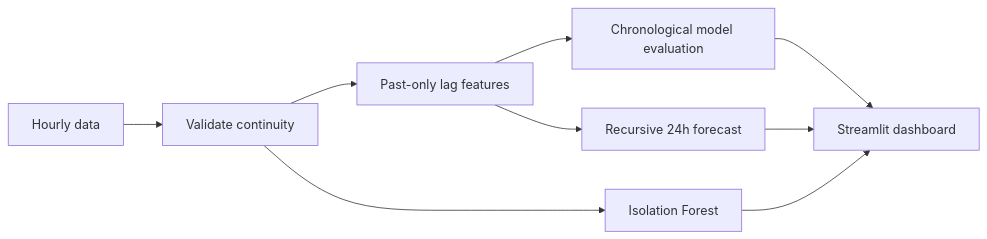
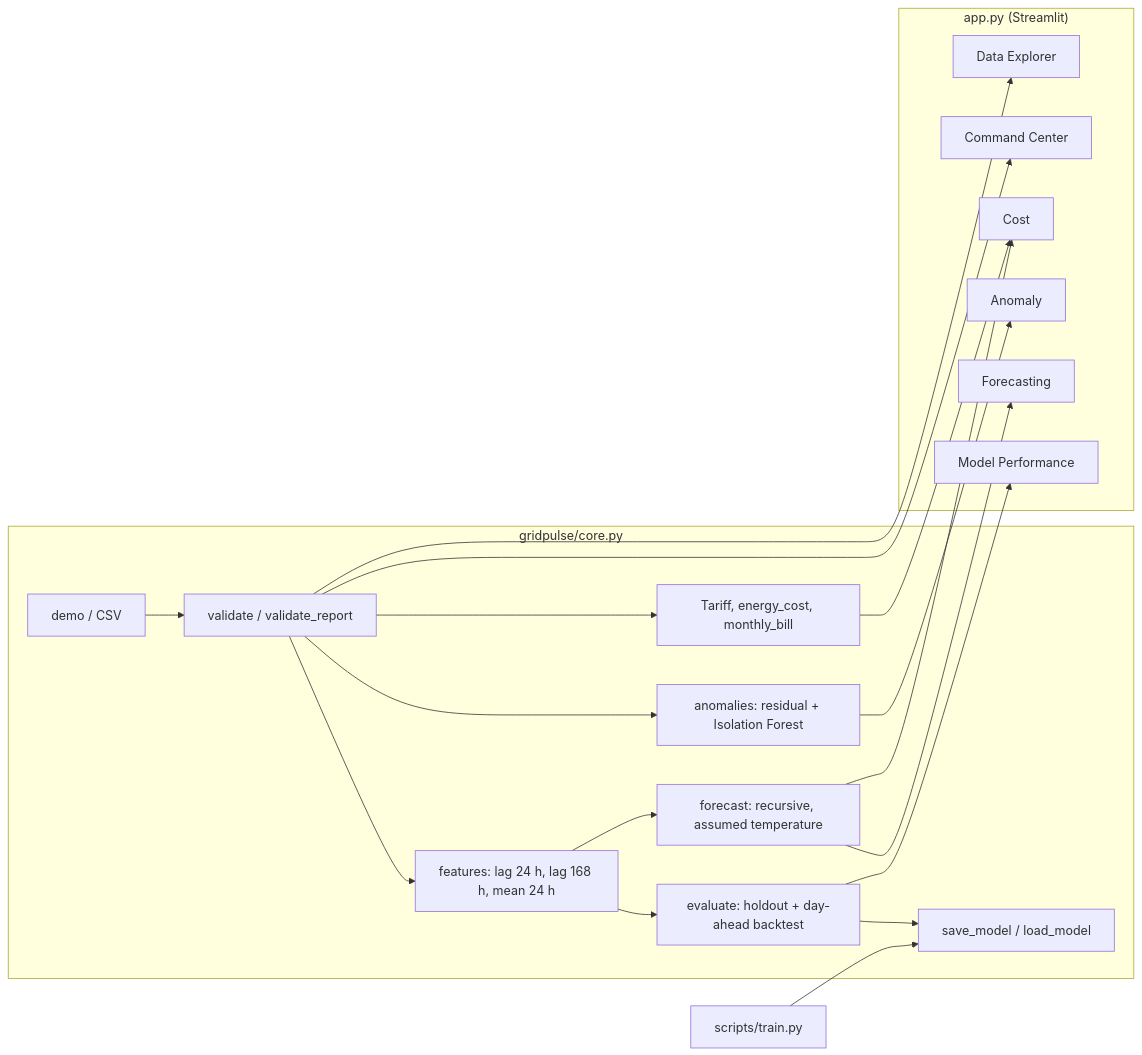
The diagram in README.md (muhammadzubair-data/gridpulse-ai-energy-demand-intelligence), drawn with Mermaid before and after one commit. The commit also changed other lines of this file and 32 other files, not shown here.

````diff
--- a/README.md
+++ b/README.md
@@ -27,11 +89,26 @@
 ```mermaid
 flowchart LR
- A[Hourly data] --> B[Validate continuity]
- B --> C[Past-only lag features]
- C --> D[Chronological model evaluation]
- C --> E[Recursive 24h forecast]
- B --> F[Isolation Forest]
- D --> G[Streamlit dashboard]
- E --> G
- F --> G
+    subgraph Core["gridpulse/core.py"]
+        D[demo / CSV] --> V[validate / validate_report]
+        V --> F[features: lag 24 h, lag 168 h, mean 24 h]
+        F --> E[evaluate: holdout + day-ahead backtest]
+        F --> FC[forecast: recursive, assumed temperature]
+        V --> A[anomalies: residual + Isolation Forest]
+        V --> C[Tariff, energy_cost, monthly_bill]
+        E --> P[save_model / load_model]
+    end
+    subgraph App["app.py (Streamlit)"]
+        P1[Command Center]
+        P2[Forecasting]
+        P3[Anomaly]
+        P4[Cost]
+        P5[Data Explorer]
+        P6[Model Performance]
+    end
+    V --> P1 & P5
+    FC --> P2 & P4
+    A --> P3
+    C --> P4
+    E --> P6
+    T[scripts/train.py] --> P
 ```
````
